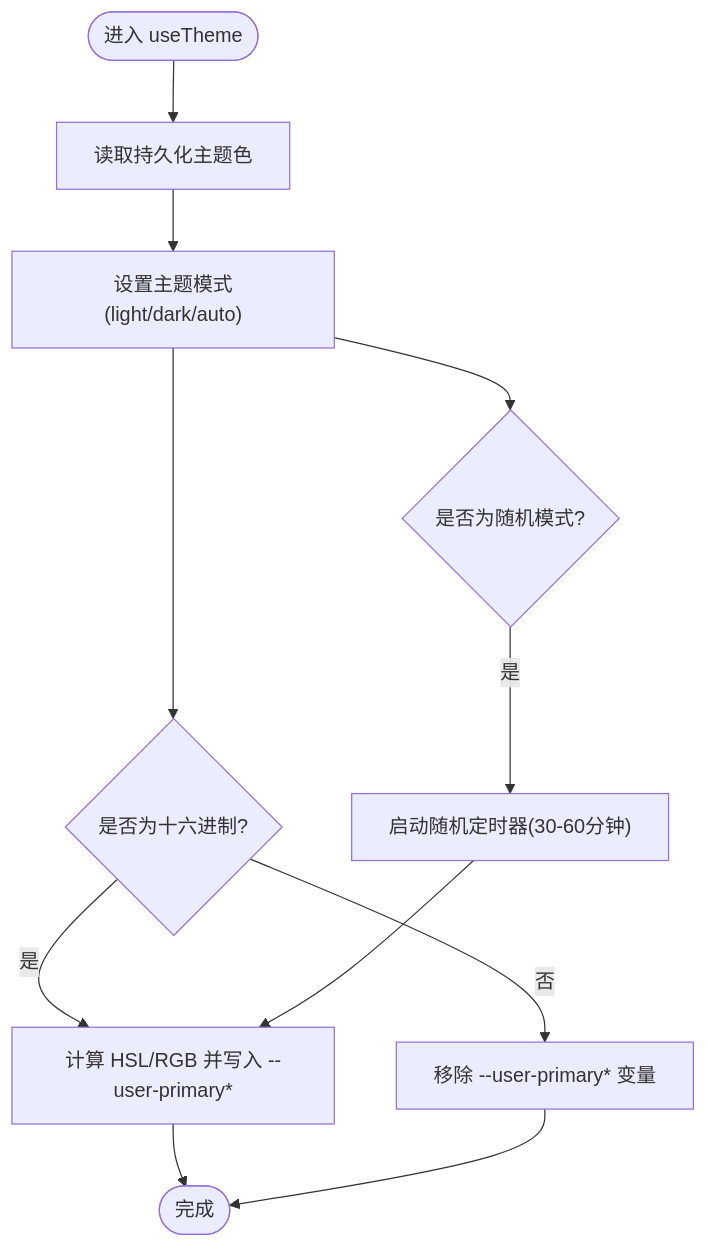
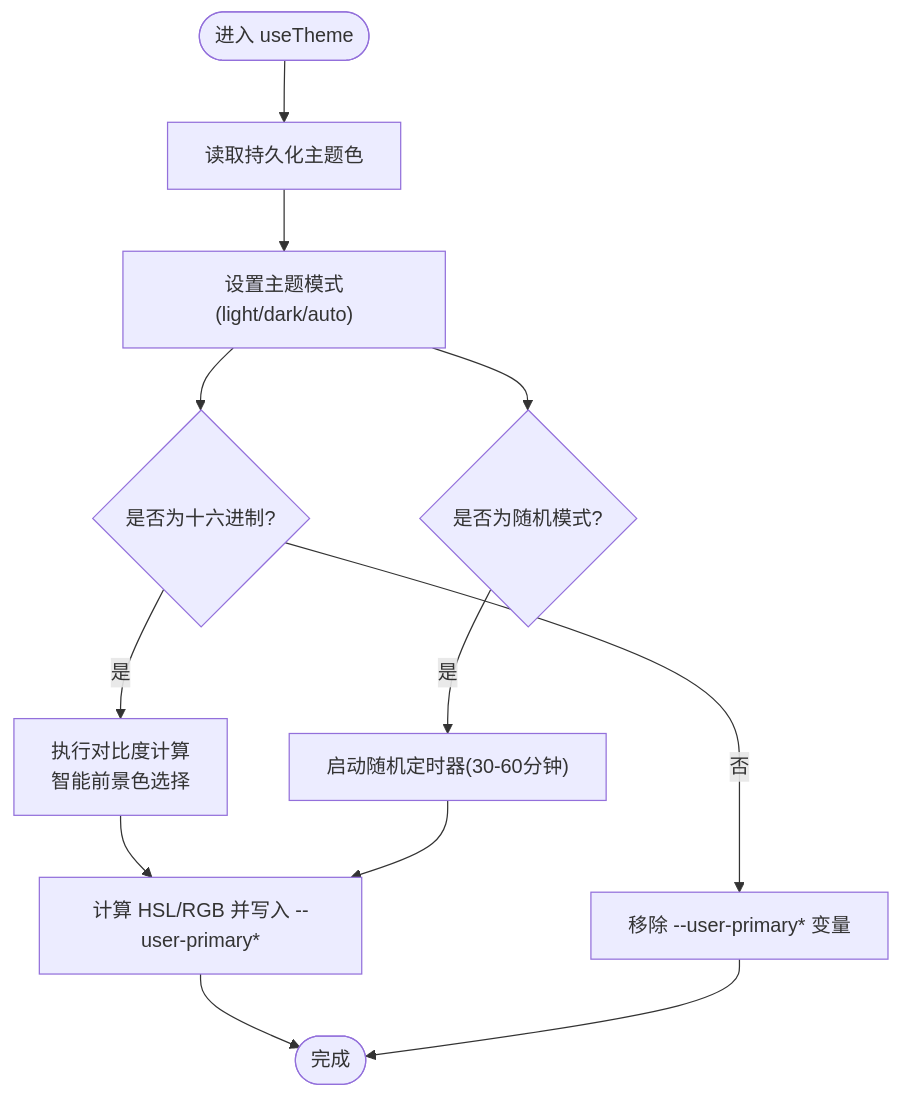
One commit to xixixiaoyu/Todo changed the third of 6 diagrams in .qoder/repowiki/zh/content/前端开发/UI组件库/主题系统.md. Above: the diagram before and after it, drawn with Mermaid. The commit also changed other lines of this file and 3 other files, not shown here.

````diff
--- a/.qoder/repowiki/zh/content/前端开发/UI组件库/主题系统.md
+++ b/.qoder/repowiki/zh/content/前端开发/UI组件库/主题系统.md
@@ -133,13 +150,14 @@
 ```mermaid
 flowchart TD
 Start(["进入 useTheme"]) --> Read["读取持久化主题色"]
 Read --> Mode["设置主题模式(light/dark/auto)"]
 Mode --> Hex{"是否为十六进制?"}
-Hex --> |是| Apply["计算 HSL/RGB 并写入 --user-primary*"]
+Hex --> |是| Calc["执行对比度计算<br/>智能前景色选择"]
 Hex --> |否| Clear["移除 --user-primary* 变量"]
 Mode --> Random{"是否为随机模式?"}
 Random --> |是| Timer["启动随机定时器(30-60分钟)"]
+Calc --> Apply["计算 HSL/RGB 并写入 --user-primary*"]
 Timer --> Apply
 Apply --> End(["完成"])
 Clear --> End
 ```
````
